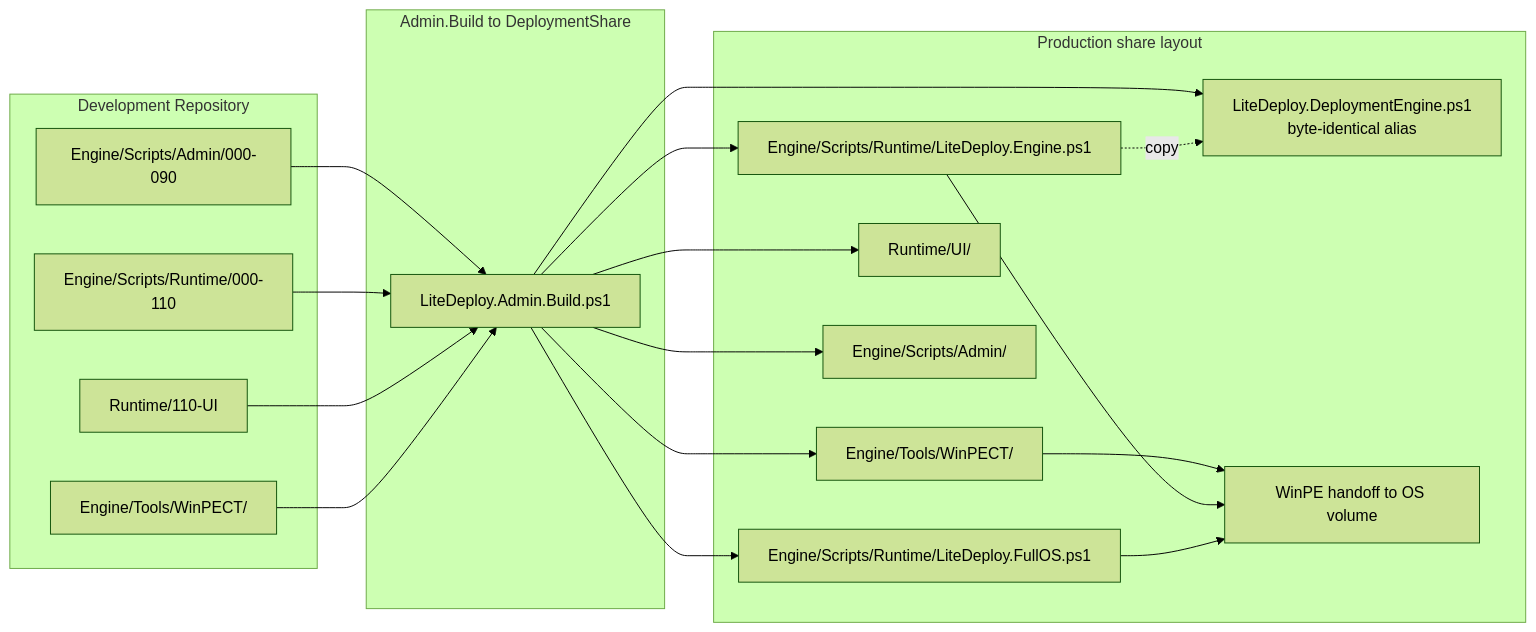
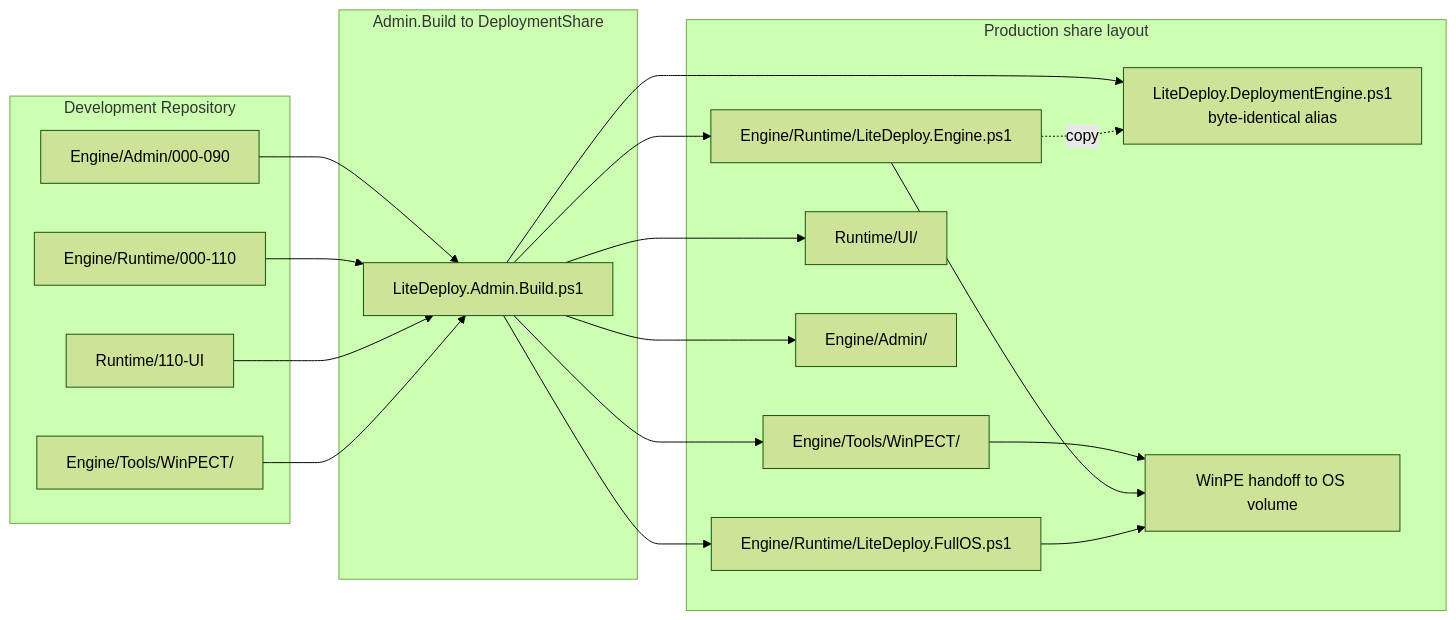
The sixth of 6 diagrams in _Docs/architecture/LITEDEPLOY_DEPLOYMENT_DIAGRAM.md (cmartineztech/LiteDeploy.Core), drawn with Mermaid (forest theme) before and after one commit. The commit also changed other lines of this file and 602 other files, not shown here.

Commit message:
refactor(core): finalize v2 architecture restructuring and align all documentation references

````diff
--- a/_Docs/architecture/LITEDEPLOY_DEPLOYMENT_DIAGRAM.md
+++ b/_Docs/architecture/LITEDEPLOY_DEPLOYMENT_DIAGRAM.md
@@ -204,29 +204,29 @@
 ```mermaid
 flowchart LR
     subgraph DevelopmentRepo["Development Repository"]
-        AdminSrc["Engine/Scripts/Admin/000-090"]
-        RuntimeSrc["Engine/Scripts/Runtime/000-110"]
+        AdminSrc["Engine/Admin/000-090"]
+        RuntimeSrc["Engine/Runtime/000-110"]
         UISrc["Runtime/110-UI"]
         ToolsSrc["Engine/Tools/WinPECT/"]
     end
 
     subgraph AdminBuild["Admin.Build to DeploymentShare"]
         AdminSrc --> BuildProc["LiteDeploy.Admin.Build.ps1"]
         RuntimeSrc --> BuildProc
         UISrc --> BuildProc
         ToolsSrc --> BuildProc
     end
 
     subgraph PublishedShare["Production share layout"]
-        BuildProc --> FlatRuntime["Engine/Scripts/Runtime/LiteDeploy.Engine.ps1"]
-        BuildProc --> FlatFullOS["Engine/Scripts/Runtime/LiteDeploy.FullOS.ps1"]
+        BuildProc --> FlatRuntime["Engine/Runtime/LiteDeploy.Engine.ps1"]
+        BuildProc --> FlatFullOS["Engine/Runtime/LiteDeploy.FullOS.ps1"]
         BuildProc --> CompatAlias["LiteDeploy.DeploymentEngine.ps1<br/>byte-identical alias"]
         FlatRuntime -.->|copy| CompatAlias
         BuildProc --> FlatUI["Runtime/UI/"]
-        BuildProc --> FlatAdmin["Engine/Scripts/Admin/"]
+        BuildProc --> FlatAdmin["Engine/Admin/"]
         BuildProc --> FlatTools["Engine/Tools/WinPECT/"]
         FlatTools --> StageOS["WinPE handoff to OS volume"]
         FlatRuntime --> StageOS
         FlatFullOS --> StageOS
     end
 ```
````
